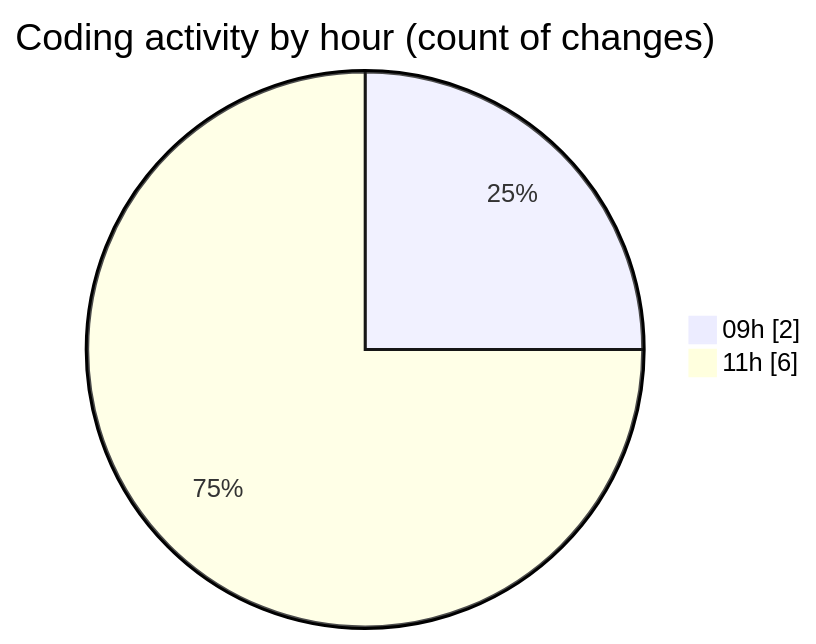
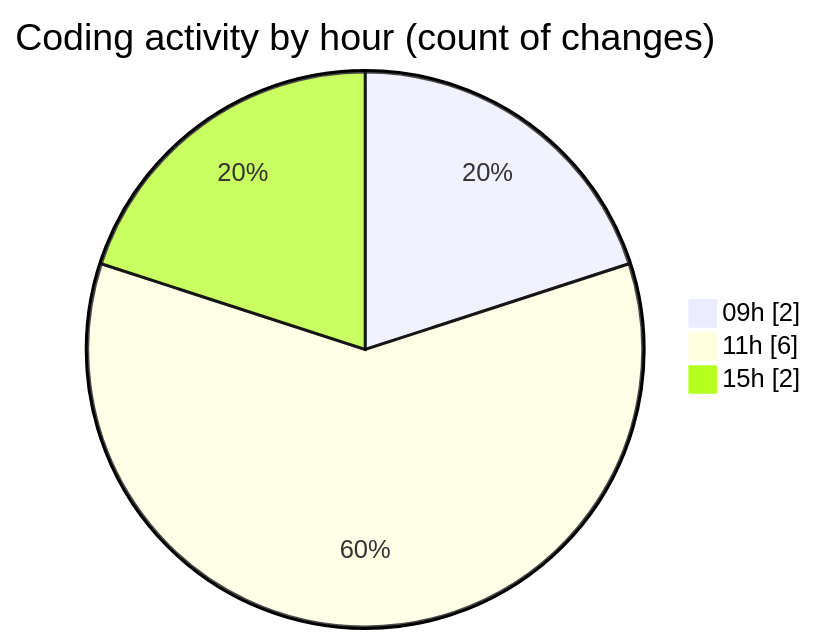
The second of 2 diagrams in 2025-12-22/shop/README.md (vahidmafi/code-tracking), drawn with Mermaid before and after one commit. The commit also changed other lines of this file and 1 other file, not shown here.

````diff
--- a/2025-12-22/shop/README.md
+++ b/2025-12-22/shop/README.md
@@ -32,6 +32,7 @@
 ```mermaid
 pie showData
 title Coding activity by hour (count of changes)
 "09h" : 2
 "11h" : 6
+"15h" : 2
 ```
````
